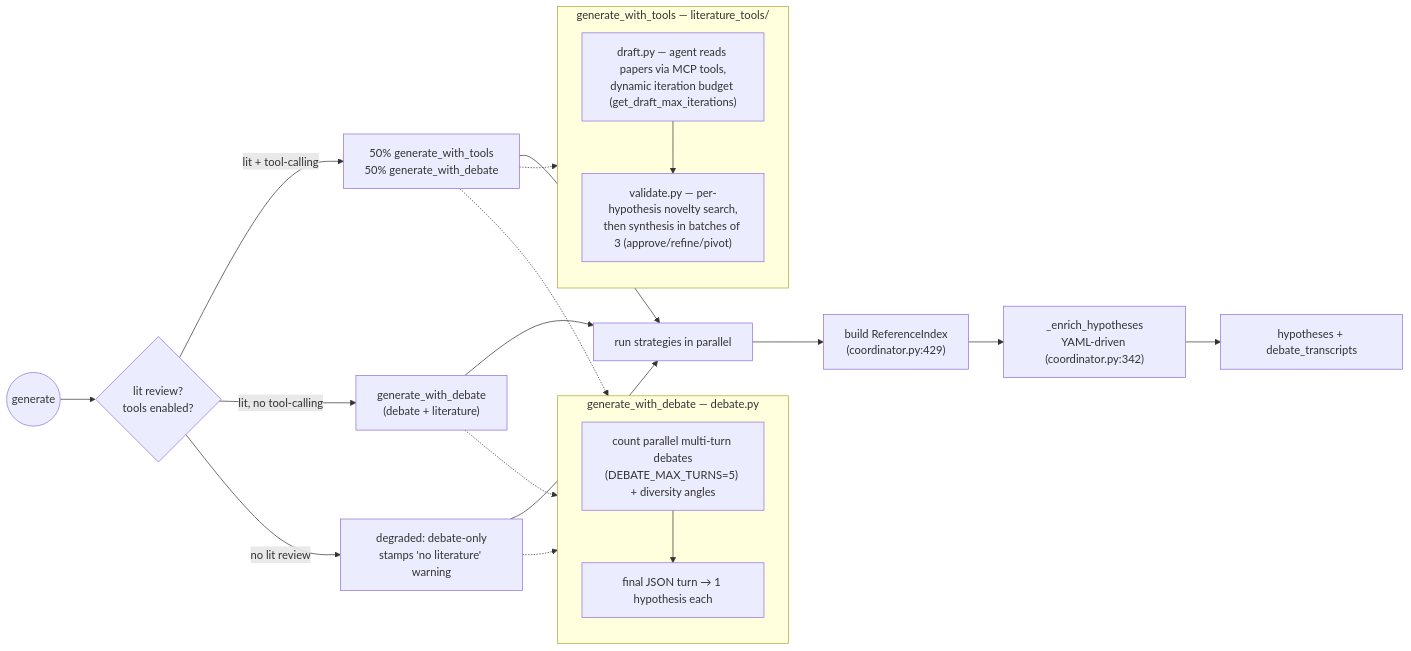
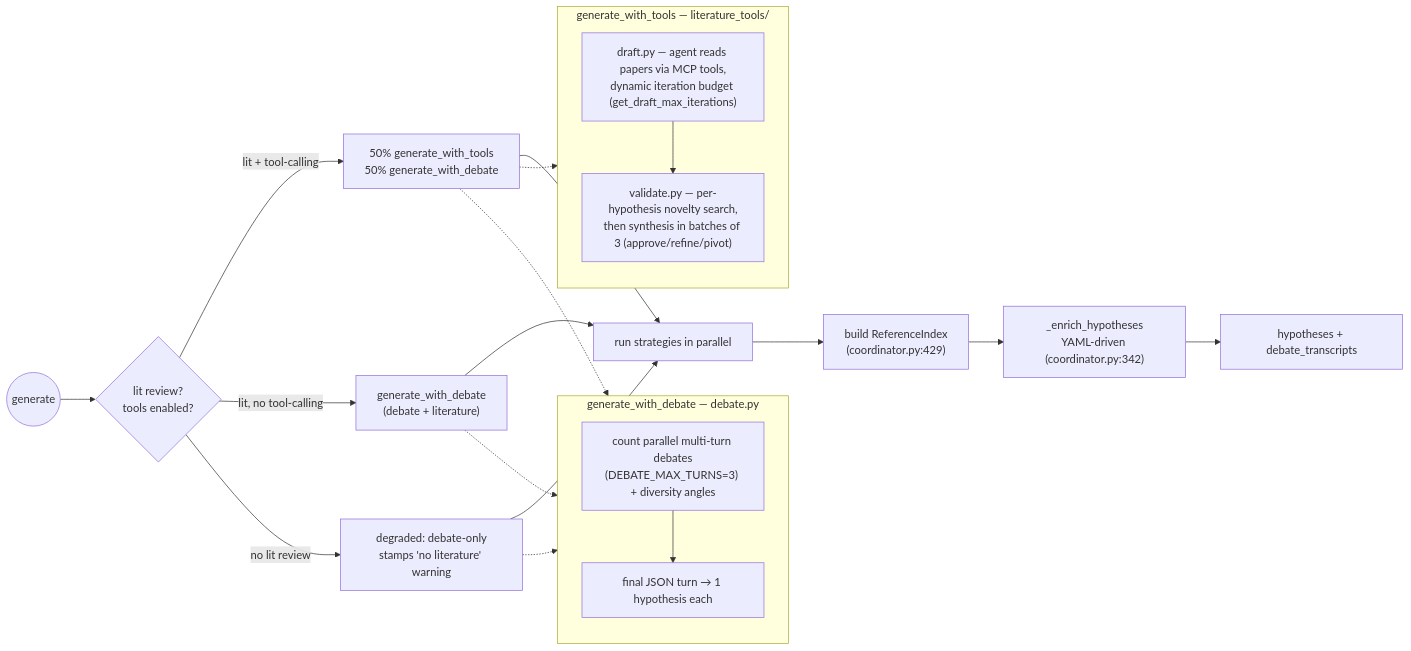
Before and after one commit to guy915/Co-Scientist: the second of 4 diagrams in docs/EXPLAINER.md, drawn with Mermaid. The commit also changed other lines of this file and 11 other files, not shown here.

````diff
--- a/docs/EXPLAINER.md
+++ b/docs/EXPLAINER.md
@@ -151,31 +151,31 @@
 ```mermaid
 flowchart LR
   START((generate))
   START --> COND{"lit review?<br/>tools enabled?"}
   COND -->|"lit + tool-calling"| MIX["50% generate_with_tools<br/>50% generate_with_debate"]
   COND -->|"lit, no tool-calling"| DEB["generate_with_debate<br/>(debate + literature)"]
   COND -->|"no lit review"| DEG["degraded: debate-only<br/>stamps 'no literature' warning"]
 
   MIX --> PAR["run strategies in parallel"]
   DEB --> PAR
   DEG --> PAR
   PAR --> RI["build ReferenceIndex<br/>(coordinator.py:429)"]
   RI --> ENR["_enrich_hypotheses<br/>YAML-driven (coordinator.py:342)"]
   ENR --> OUT["hypotheses + debate_transcripts"]
 
   subgraph Tools [generate_with_tools — literature_tools/]
     D["draft.py — agent reads papers via MCP tools,<br/>dynamic iteration budget (get_draft_max_iterations)"]
     V["validate.py — per-hypothesis novelty search,<br/>then synthesis in batches of 3 (approve/refine/pivot)"]
     D --> V
   end
   MIX -.-> Tools
 
   subgraph Debate [generate_with_debate — debate.py]
-    T["count parallel multi-turn debates<br/>(DEBATE_MAX_TURNS=5) + diversity angles"]
+    T["count parallel multi-turn debates<br/>(DEBATE_MAX_TURNS=3) + diversity angles"]
     F["final JSON turn → 1 hypothesis each"]
     T --> F
   end
   MIX -.-> Debate
   DEB -.-> Debate
   DEG -.-> Debate
 ```
````
